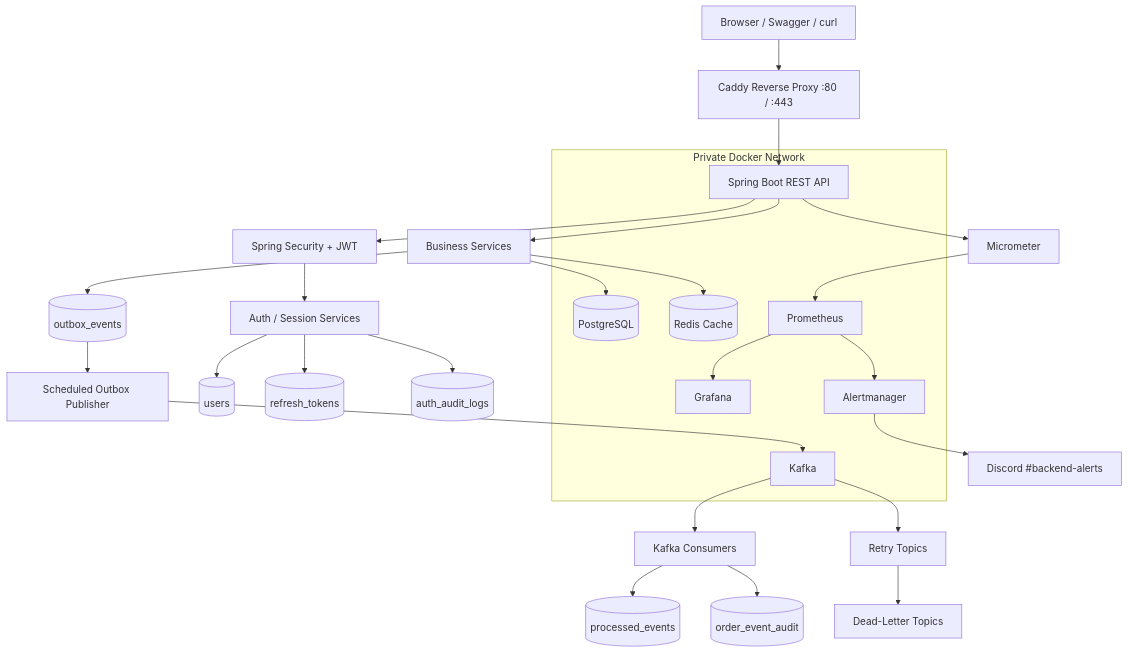
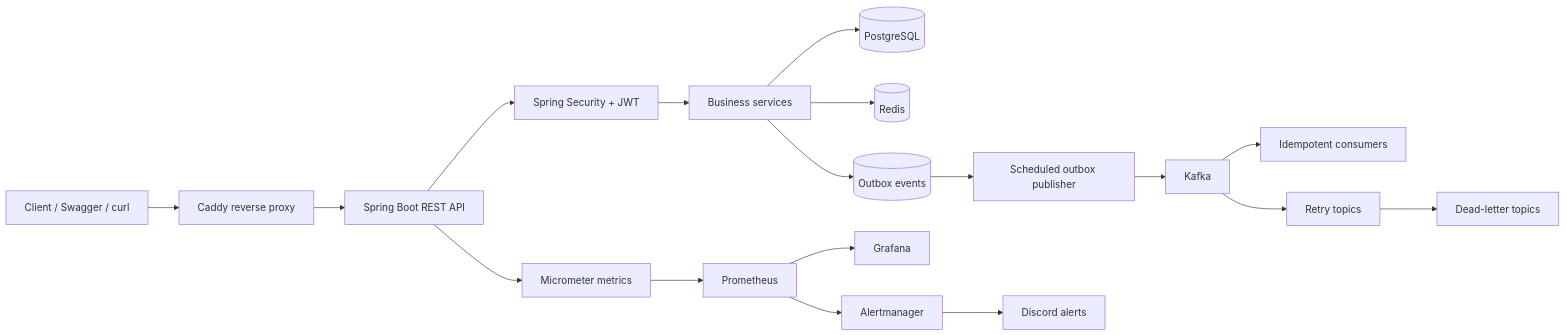
Before and after one commit to ravan-chuang/spring-boot-ecommerce-backend: the first of 2 diagrams in README.md, drawn with Mermaid. The commit also changed other lines of this file, not shown here.

````diff
--- a/README.md
+++ b/README.md
@@ -75,39 +38,23 @@
-``` mermaid
-flowchart TD
-    Client[Browser / Swagger / curl] --> Caddy[Caddy Reverse Proxy :80 / :443]
-    Caddy --> API[Spring Boot REST API]
+```mermaid
+flowchart LR
+    Client[Client / Swagger / curl] --> Proxy[Caddy reverse proxy]
+    Proxy --> API[Spring Boot REST API]
     API --> Security[Spring Security + JWT]
-    Security --> Auth[Auth / Session Services]
-    Auth --> Users[(users)]
-    Auth --> RefreshTokens[(refresh_tokens)]
-    Auth --> AuthAudit[(auth_audit_logs)]
+    Security --> Services[Business services]
 
-    API --> Services[Business Services]
     Services --> PostgreSQL[(PostgreSQL)]
-    Services --> Redis[(Redis Cache)]
-    Services --> Outbox[(outbox_events)]
+    Services --> Redis[(Redis)]
+    Services --> Outbox[(Outbox events)]
 
-    Outbox --> Publisher[Scheduled Outbox Publisher]
+    Outbox --> Publisher[Scheduled outbox publisher]
     Publisher --> Kafka[Kafka]
-    Kafka --> Consumer[Kafka Consumers]
-    Consumer --> Processed[(processed_events)]
-    Consumer --> OrderAudit[(order_event_audit)]
-    Kafka --> Retry[Retry Topics]
-    Retry --> DLT[Dead-Letter Topics]
+    Kafka --> Consumers[Idempotent consumers]
+    Kafka --> Retry[Retry topics]
+    Retry --> DLT[Dead-letter topics]
 
-    API --> Metrics[Micrometer]
+    API --> Metrics[Micrometer metrics]
     Metrics --> Prometheus[Prometheus]
     Prometheus --> Grafana[Grafana]
     Prometheus --> Alertmanager[Alertmanager]
-    Alertmanager --> Discord[Discord #backend-alerts]
-
-    subgraph Private Docker Network
-      API
-      PostgreSQL
-      Redis
-      Kafka
-      Prometheus
-      Grafana
-      Alertmanager
-    end
+    Alertmanager --> Discord[Discord alerts]
 ```
````
